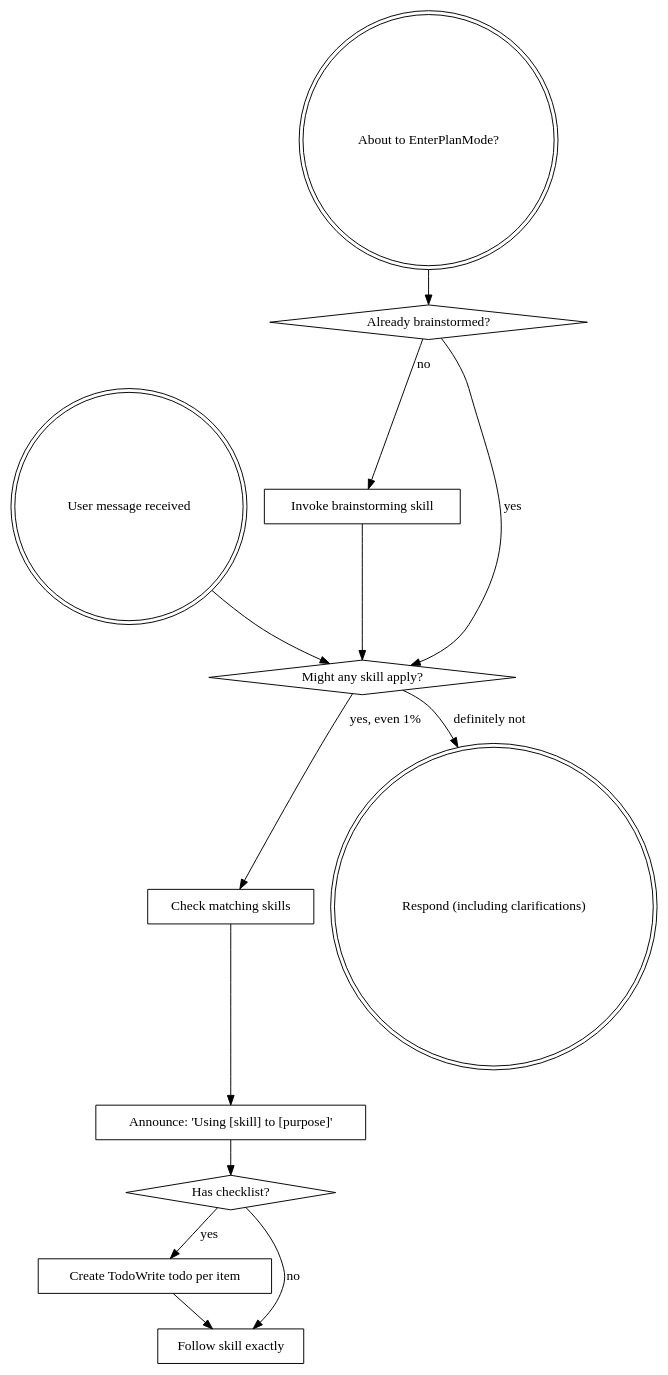
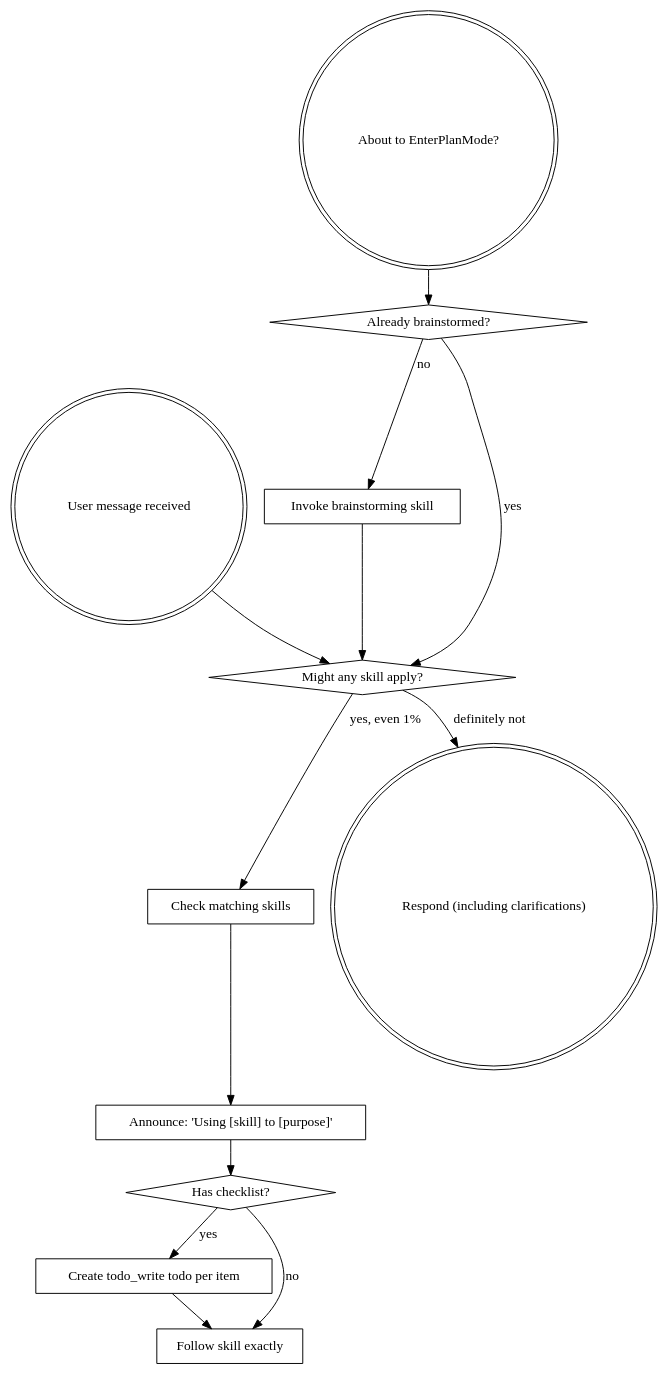
Before and after one commit to obra/superpowers: the diagram in skills/using-superpowers/SKILL.md, drawn with Graphviz. The commit also changed other lines of this file and 12 other files, not shown here.

````diff
--- a/skills/using-superpowers/SKILL.md
+++ b/skills/using-superpowers/SKILL.md
@@ -48,29 +60,29 @@
 ```dot
 digraph skill_flow {
     "User message received" [shape=doublecircle];
     "About to EnterPlanMode?" [shape=doublecircle];
     "Already brainstormed?" [shape=diamond];
     "Invoke brainstorming skill" [shape=box];
     "Might any skill apply?" [shape=diamond];
     "Check matching skills" [shape=box];
     "Announce: 'Using [skill] to [purpose]'" [shape=box];
     "Has checklist?" [shape=diamond];
-    "Create TodoWrite todo per item" [shape=box];
+    "Create todo_write todo per item" [shape=box];
     "Follow skill exactly" [shape=box];
     "Respond (including clarifications)" [shape=doublecircle];
 
     "About to EnterPlanMode?" -> "Already brainstormed?";
     "Already brainstormed?" -> "Invoke brainstorming skill" [label="no"];
     "Already brainstormed?" -> "Might any skill apply?" [label="yes"];
     "Invoke brainstorming skill" -> "Might any skill apply?";
 
     "User message received" -> "Might any skill apply?";
     "Might any skill apply?" -> "Check matching skills" [label="yes, even 1%"];
     "Might any skill apply?" -> "Respond (including clarifications)" [label="definitely not"];
     "Check matching skills" -> "Announce: 'Using [skill] to [purpose]'";
     "Announce: 'Using [skill] to [purpose]'" -> "Has checklist?";
-    "Has checklist?" -> "Create TodoWrite todo per item" [label="yes"];
+    "Has checklist?" -> "Create todo_write todo per item" [label="yes"];
     "Has checklist?" -> "Follow skill exactly" [label="no"];
-    "Create TodoWrite todo per item" -> "Follow skill exactly";
+    "Create todo_write todo per item" -> "Follow skill exactly";
 }
 ```
````
